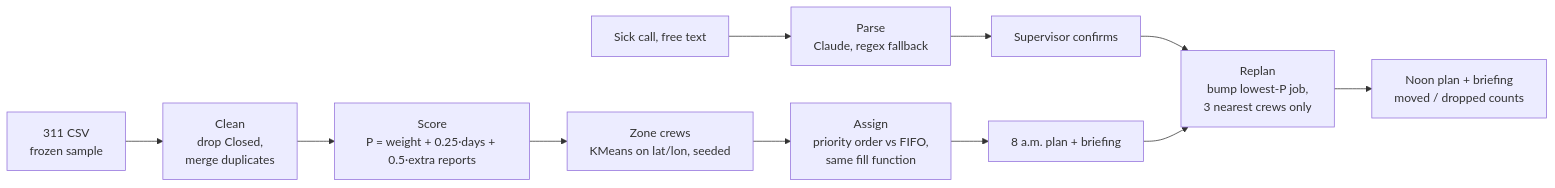
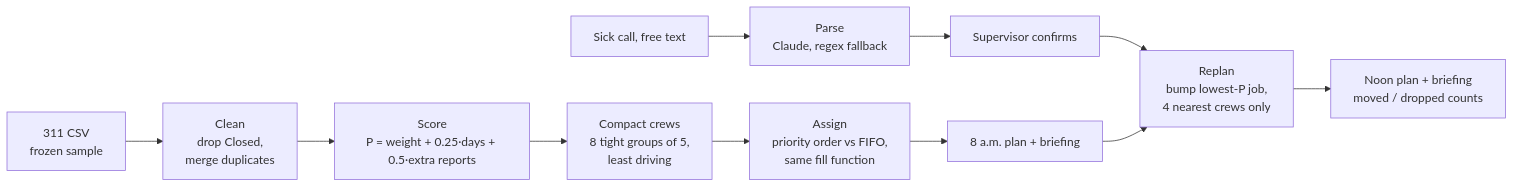
The diagram in README.md (ColbyCadden/IEEE-Industry-Hackathon---Dispatch-agent), drawn with Mermaid before and after one commit. The commit also changed other lines of this file and 12 other files, not shown here.

First line of the commit message:
Compact, flexible crews: assign by proximity, size crews by workload

````diff
--- a/README.md
+++ b/README.md
@@ -32,13 +40,13 @@
 ```mermaid
 flowchart LR
   A[311 CSV<br/>frozen sample] --> B[Clean<br/>drop Closed,<br/>merge duplicates]
   B --> C[Score<br/>P = weight + 0.25·days + 0.5·extra reports]
-  C --> D[Zone crews<br/>KMeans on lat/lon, seeded]
+  C --> D[Compact crews<br/>8 tight groups of 5,<br/>least driving]
   D --> E[Assign<br/>priority order vs FIFO,<br/>same fill function]
   E --> F[8 a.m. plan + briefing]
   G[Sick call, free text] --> H[Parse<br/>Claude, regex fallback]
   H --> I[Supervisor confirms]
-  I --> J[Replan<br/>bump lowest-P job,<br/>3 nearest crews only]
+  I --> J[Replan<br/>bump lowest-P job,<br/>4 nearest crews only]
   F --> J
   J --> K[Noon plan + briefing<br/>moved / dropped counts]
 ```
````
